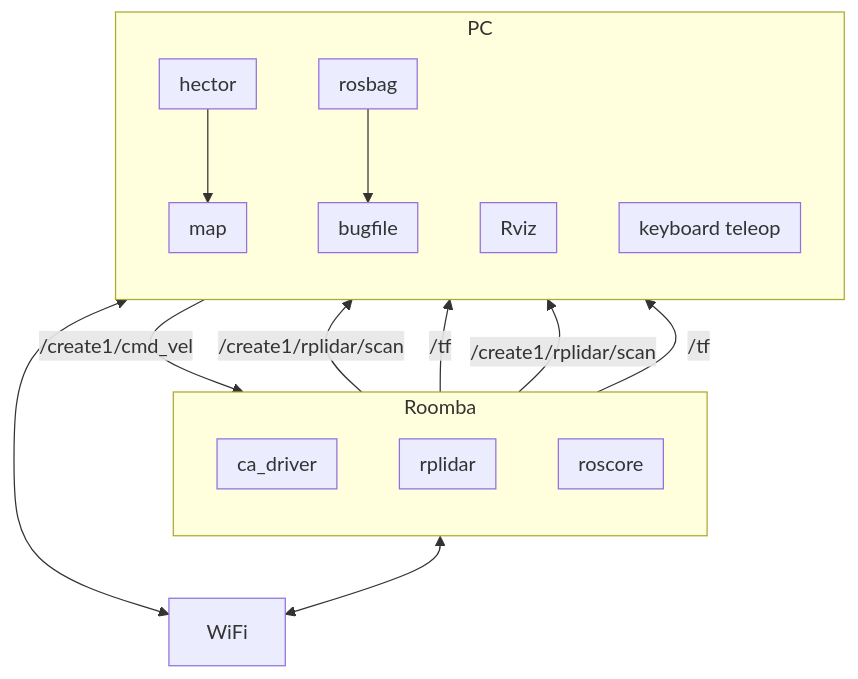
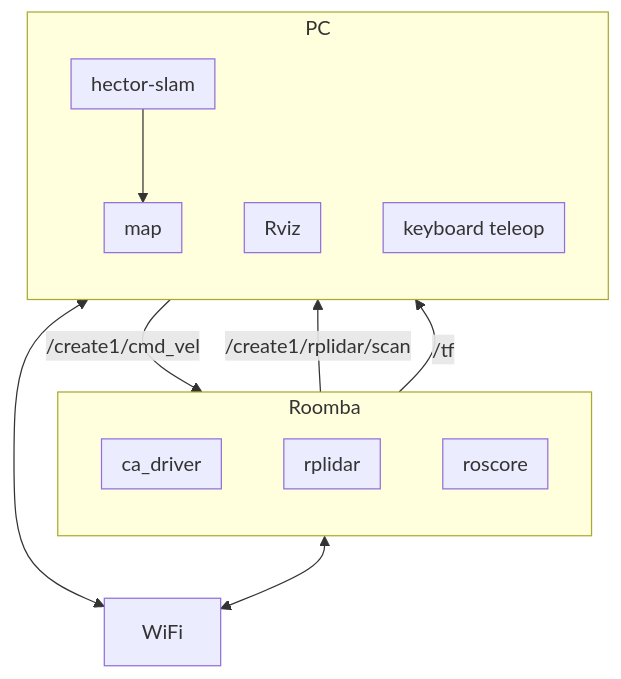
One commit to docofab/RoombaControlls changed the diagram in ROS/instructions/slam-hector-real-roomba-ca_bringup.md. Above: the diagram before and after it, drawn with Mermaid. The commit also changed other lines of this file, not shown here.

Commit message:
Updated flowchart

````diff
--- a/ROS/instructions/slam-hector-real-roomba-ca_bringup.md
+++ b/ROS/instructions/slam-hector-real-roomba-ca_bringup.md
@@ -15,45 +15,36 @@
 ```mermaid
 flowchart TB
   subgraph Roomba
     direction TB
     subgraph C1[roscore]
         direction TB
     end
     subgraph C2[rplidar]
         direction TB
     end
     subgraph C3[ca_driver]
         direction TB
     end
   end
   subgraph PC
     direction TB
     subgraph B3[keyboard teleop]
         direction TB
     end
     subgraph B6[Rviz]
         direction TB
     end
-    subgraph B4[rosbag]
-        direction TB
-    end
-    subgraph B5[bugfile]
-        direction TB
-    end
-    subgraph B7[hector]
+    subgraph B7[hector-slam]
         direction TB
     end
     subgraph B8[map]
         direction TB
     end
   end
 B3 -- /create1/cmd_vel --> C3
-C2 -- /create1/rplidar/scan --> B4
-C2 -- /tf --> B4
-C3 -- /create1/rplidar/scan --> B7
+C2 -- /create1/rplidar/scan --> B7
 C3 -- /tf --> B7
-B4 --> B5
 B7 --> B8
 Roomba <--> WiFi
 PC <--> WiFi
 ```
````
